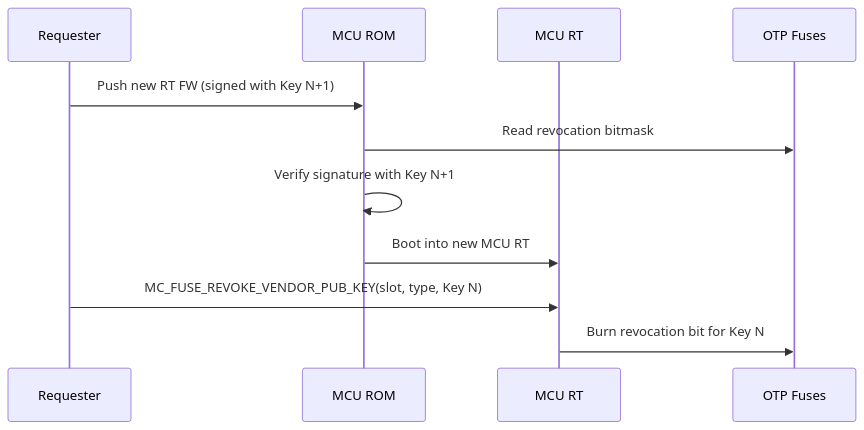
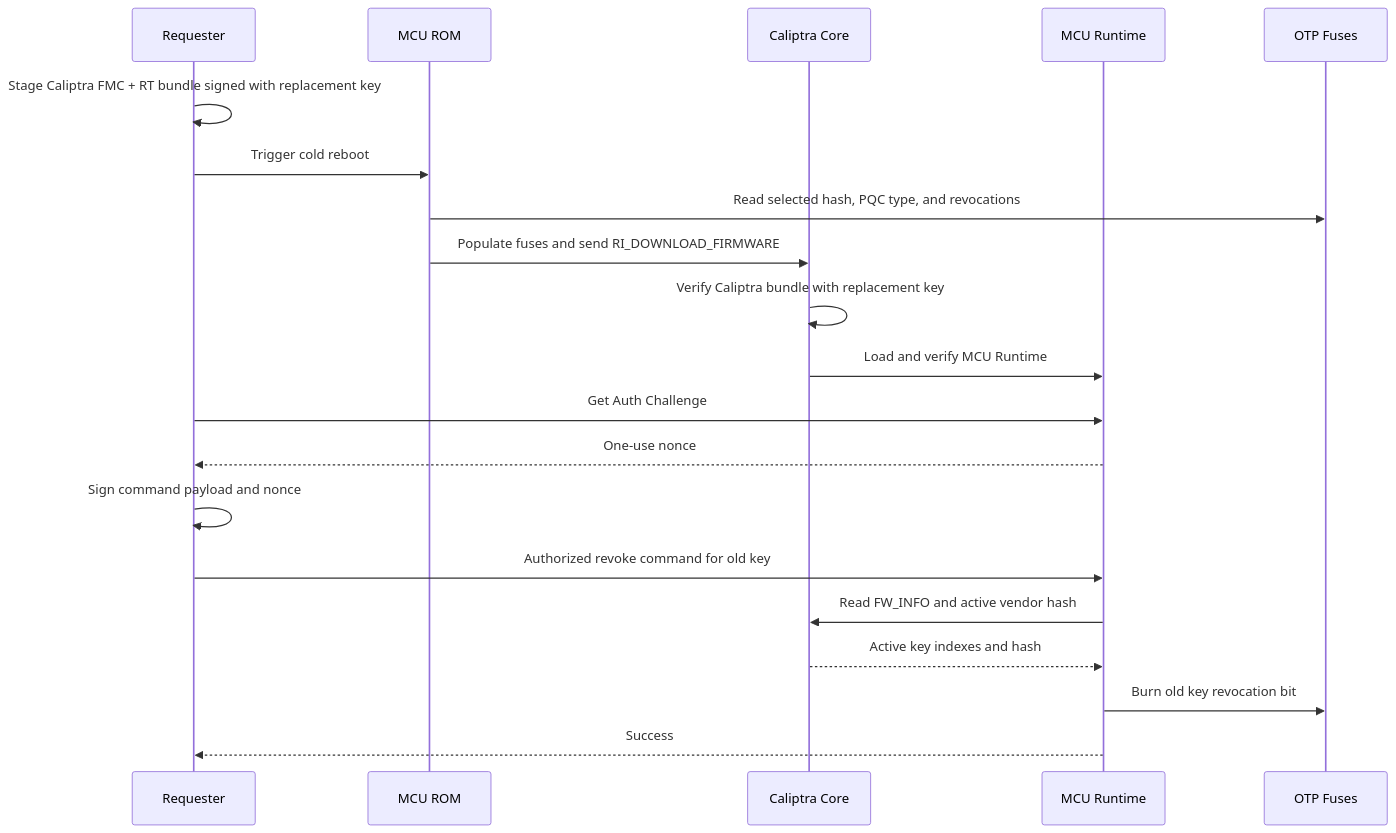
The first of 2 diagrams in docs/src/integrator-guide.md (chipsalliance/caliptra-mcu-sw), drawn with Mermaid before and after one commit. The commit also changed other lines of this file, not shown here.

First line of the commit message:
docs: correct 2.0 key revocation flows (#2038)

````diff
--- a/docs/src/integrator-guide.md
+++ b/docs/src/integrator-guide.md
@@ -438,14 +444,23 @@
 ```mermaid
 sequenceDiagram
     participant Requester
     participant MCU_ROM as MCU ROM
-    participant MCU_RT as MCU RT
+     participant Core as Caliptra Core
+     participant MCU_RT as MCU Runtime
     participant Fuses as OTP Fuses
 
-    Requester->>MCU_ROM: Push new RT FW (signed with Key N+1)
-    MCU_ROM->>Fuses: Read revocation bitmask
-    MCU_ROM->>MCU_ROM: Verify signature with Key N+1
-    MCU_ROM->>MCU_RT: Boot into new MCU RT
-    Requester->>MCU_RT: MC_FUSE_REVOKE_VENDOR_PUB_KEY(slot, type, Key N)
-    MCU_RT->>Fuses: Burn revocation bit for Key N
+     Requester->>Requester: Stage Caliptra FMC + RT bundle signed with replacement key
+     Requester->>MCU_ROM: Trigger cold reboot
+     MCU_ROM->>Fuses: Read selected hash, PQC type, and revocations
+    MCU_ROM->>Core: Populate fuses and send RI_DOWNLOAD_FIRMWARE
+     Core->>Core: Verify Caliptra bundle with replacement key
+     Core->>MCU_RT: Load and verify MCU Runtime
+     Requester->>MCU_RT: Get Auth Challenge
+     MCU_RT-->>Requester: One-use nonce
+    Requester->>Requester: Sign command payload and nonce
+     Requester->>MCU_RT: Authorized revoke command for old key
+     MCU_RT->>Core: Read FW_INFO and active vendor hash
+     Core-->>MCU_RT: Active key indexes and hash
+     MCU_RT->>Fuses: Burn old key revocation bit
+     MCU_RT-->>Requester: Success
 ```
````
